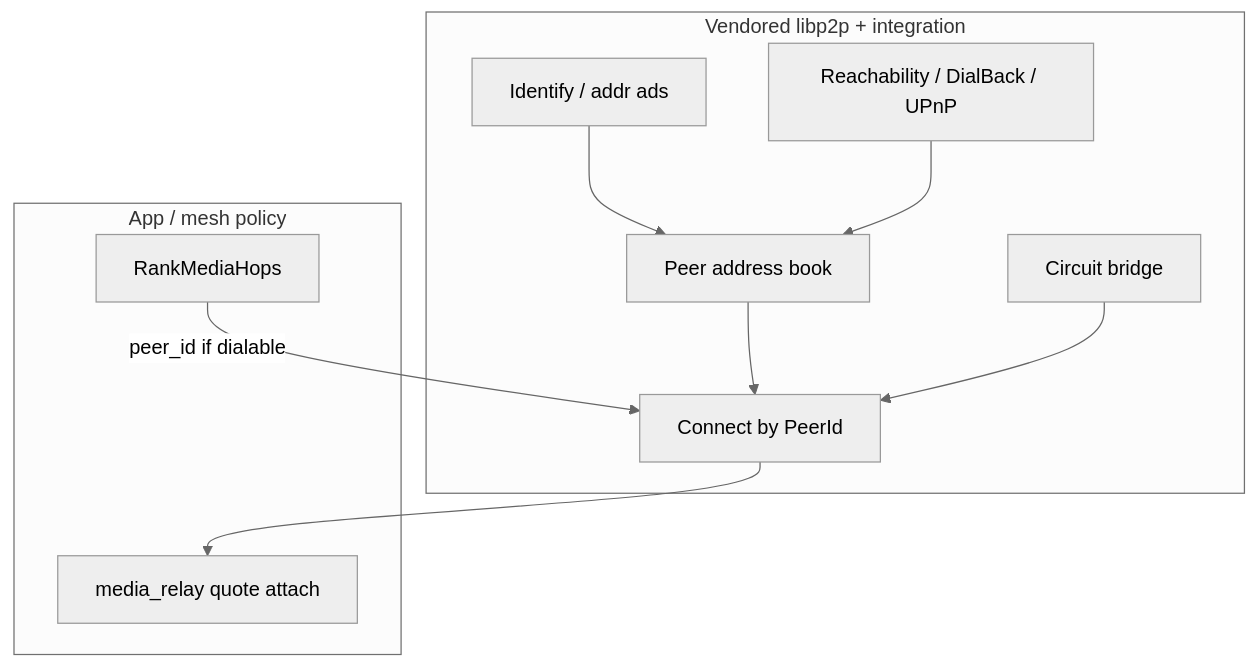
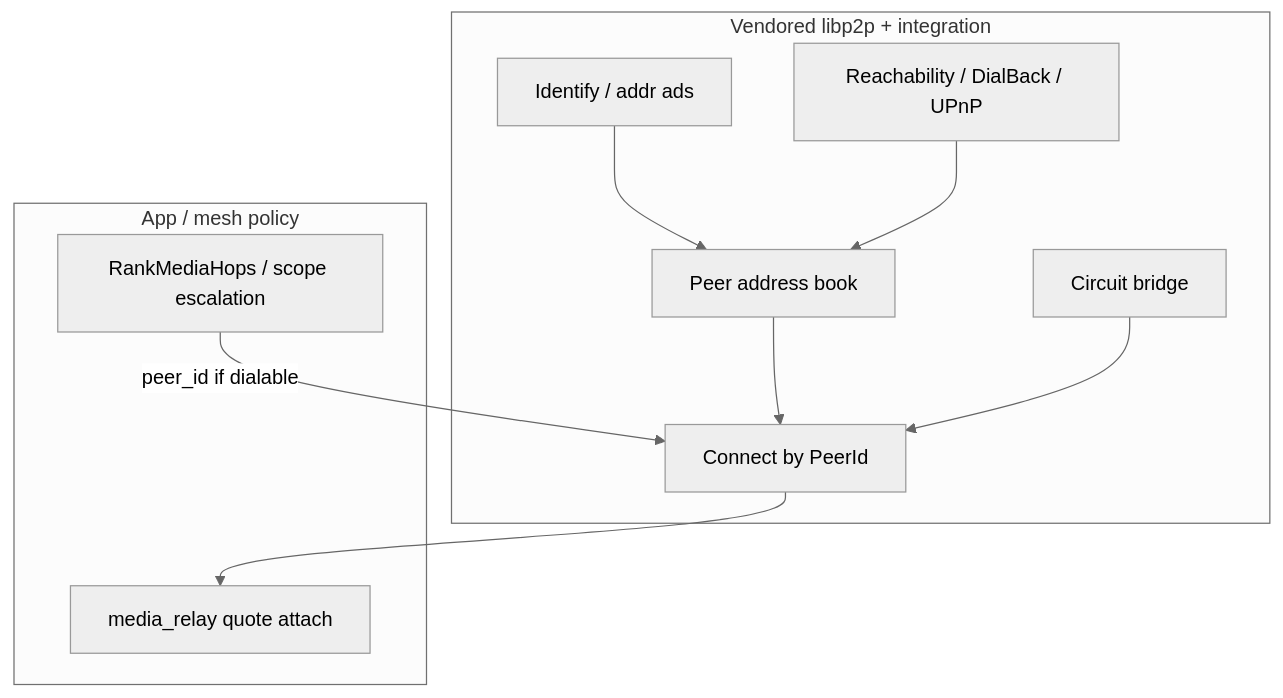
One commit to people-post/pp-browser changed the diagram in projects/media-hop-reachability/DESIGN.md. Above: the diagram before and after it, drawn with Mermaid (neutral theme). The commit also changed other lines of this file and 10 other files, not shown here.

````diff
--- a/projects/media-hop-reachability/DESIGN.md
+++ b/projects/media-hop-reachability/DESIGN.md
@@ -34,20 +16,20 @@
 ```mermaid
 flowchart TB
   subgraph fork [Vendored libp2p + integration]
     Identify[Identify / addr ads]
     Book[Peer address book]
     Reach[Reachability / DialBack / UPnP]
     Circuit[Circuit bridge]
     Dial[Connect by PeerId]
   end
   subgraph product [App / mesh policy]
-    Rank[RankMediaHops]
+    Rank[RankMediaHops / scope escalation]
     Media[media_relay quote attach]
   end
   Identify --> Book
   Reach --> Book
   Book --> Dial
   Circuit --> Dial
   Rank -->|"peer_id if dialable"| Dial
   Dial --> Media
 ```
````
